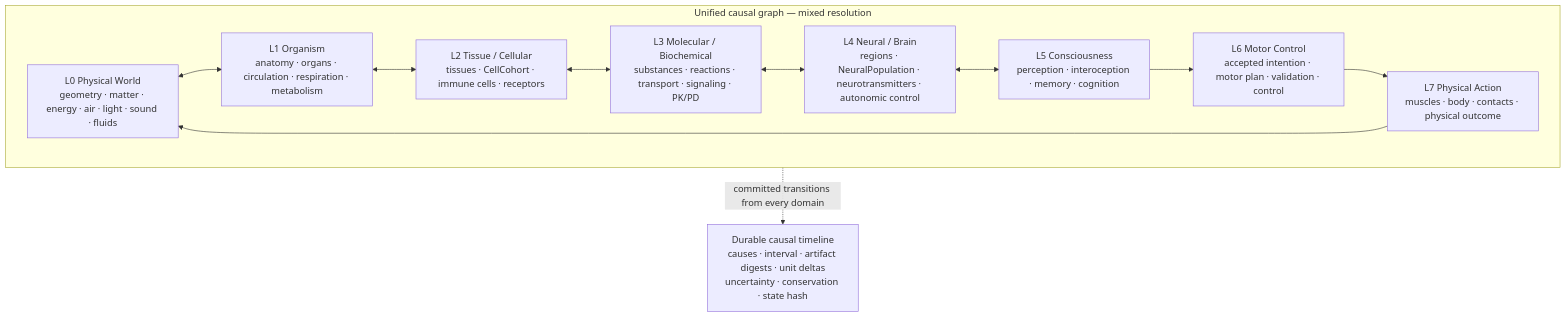
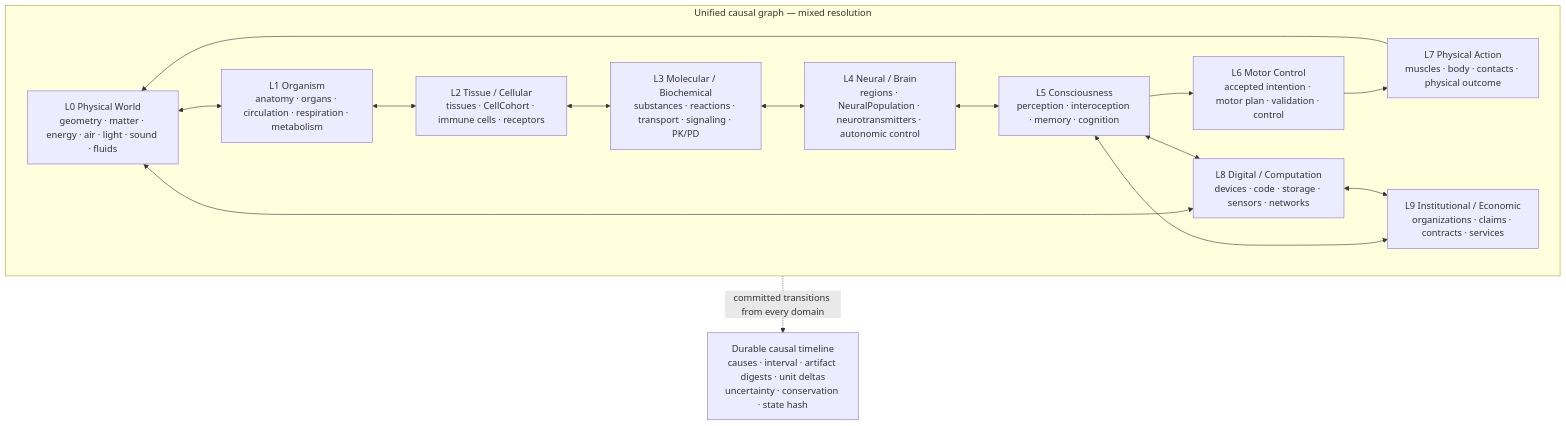
Before and after one commit to Khalwaia/MakiseWE: the diagram in README.md, drawn with Mermaid. The commit also changed other lines of this file and 1 other file, not shown here.

````diff
--- a/README.md
+++ b/README.md
@@ -39,26 +42,32 @@
 ```mermaid
 flowchart TB
     Timeline["Durable causal timeline<br/>causes · interval · artifact digests · unit deltas<br/>uncertainty · conservation · state hash"]
 
     subgraph Graph["Unified causal graph — mixed resolution"]
         L0["L0 Physical World<br/>geometry · matter · energy · air · light · sound · fluids"]
         L1["L1 Organism<br/>anatomy · organs · circulation · respiration · metabolism"]
         L2["L2 Tissue / Cellular<br/>tissues · CellCohort · immune cells · receptors"]
         L3["L3 Molecular / Biochemical<br/>substances · reactions · transport · signaling · PK/PD"]
         L4["L4 Neural / Brain<br/>regions · NeuralPopulation · neurotransmitters · autonomic control"]
         L5["L5 Consciousness<br/>perception · interoception · memory · cognition"]
         L6["L6 Motor Control<br/>accepted intention · motor plan · validation · control"]
         L7["L7 Physical Action<br/>muscles · body · contacts · physical outcome"]
+        L8["L8 Digital / Computation<br/>devices · code · storage · sensors · networks"]
+        L9["L9 Institutional / Economic<br/>organizations · claims · contracts · services"]
 
         L0 <--> L1
         L1 <--> L2
         L2 <--> L3
         L3 <--> L4
         L4 <--> L5
         L5 --> L6
         L6 --> L7
         L7 --> L0
+        L0 <--> L8
+        L5 <--> L8
+        L5 <--> L9
+        L8 <--> L9
     end
 
     Graph -. "committed transitions from every domain" .-> Timeline
 ```
````
